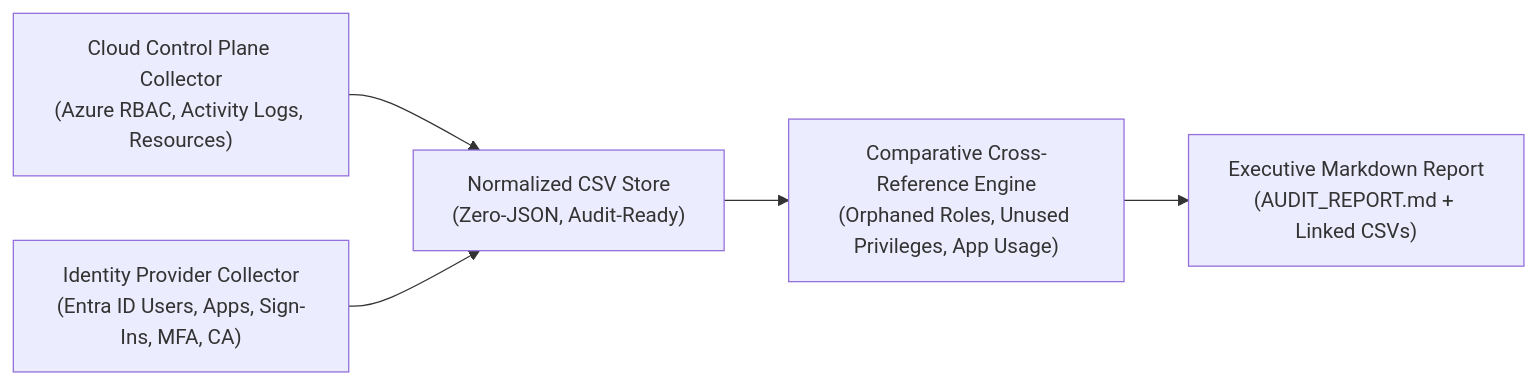
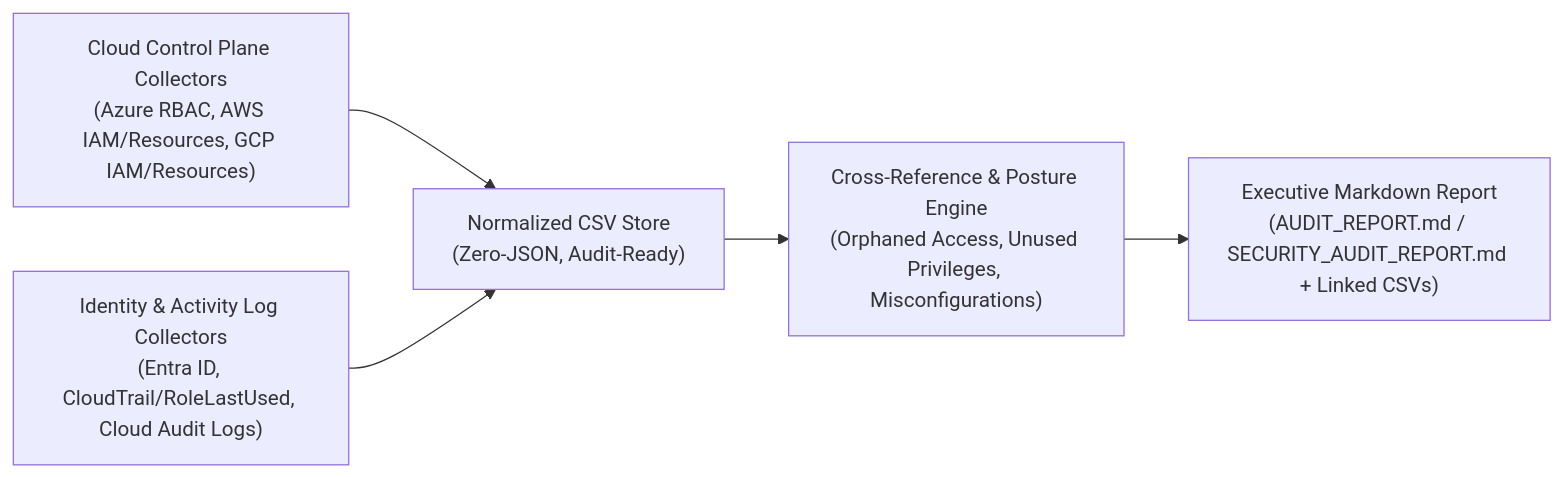
Before and after one commit to rajrules21/cloud-security-audit: the diagram in README.md, drawn with Mermaid. The commit also changed other lines of this file, not shown here.

Commit message:
Update README to cover Azure, AWS, and GCP equally

````diff
--- a/README.md
+++ b/README.md
@@ -11,7 +11,7 @@
 ```mermaid
 flowchart LR
-    A["Cloud Control Plane Collector<br/>(Azure RBAC, Activity Logs, Resources)"] --> C["Normalized CSV Store<br/>(Zero-JSON, Audit-Ready)"]
-    B["Identity Provider Collector<br/>(Entra ID Users, Apps, Sign-Ins, MFA, CA)"] --> C
-    C --> D["Comparative Cross-Reference Engine<br/>(Orphaned Roles, Unused Privileges, App Usage)"]
-    D --> E["Executive Markdown Report<br/>(AUDIT_REPORT.md + Linked CSVs)"]
+    A["Cloud Control Plane Collectors<br/>(Azure RBAC, AWS IAM/Resources, GCP IAM/Resources)"] --> C["Normalized CSV Store<br/>(Zero-JSON, Audit-Ready)"]
+    B["Identity & Activity Log Collectors<br/>(Entra ID, CloudTrail/RoleLastUsed, Cloud Audit Logs)"] --> C
+    C --> D["Cross-Reference & Posture Engine<br/>(Orphaned Access, Unused Privileges, Misconfigurations)"]
+    D --> E["Executive Markdown Report<br/>(AUDIT_REPORT.md / SECURITY_AUDIT_REPORT.md + Linked CSVs)"]
 ```
````
